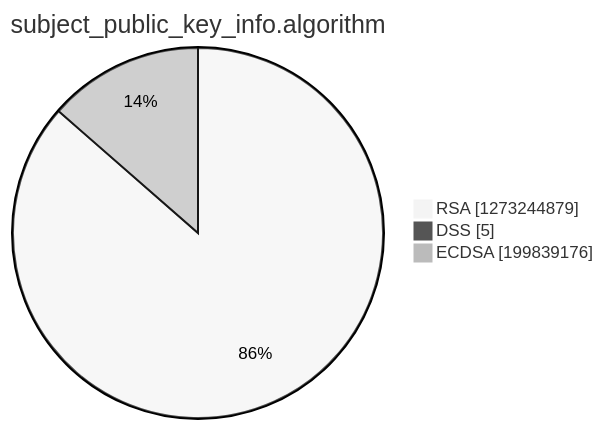
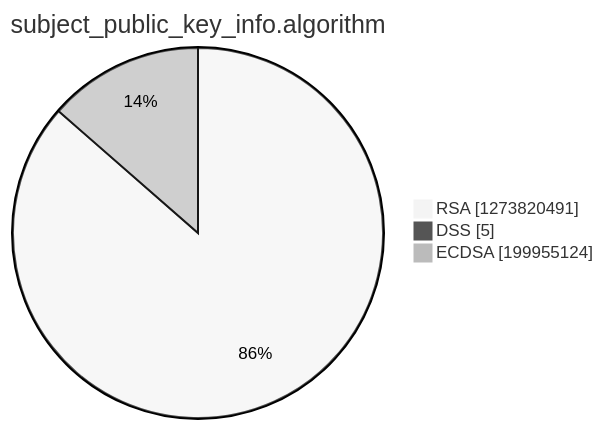
The third of 15 diagrams in argon2022/README.md (christiankrug/ctmonitor_visualization), drawn with Mermaid (neutral theme) before and after one commit. The commit also changed other lines of this file, not shown here.

````diff
--- a/argon2022/README.md
+++ b/argon2022/README.md
@@ -14,7 +14,7 @@
 ```mermaid
 pie showData
 title subject_public_key_info.algorithm
-"RSA" :1273244879
+"RSA" :1273820491
 "DSS" :5
-"ECDSA" :199839176
+"ECDSA" :199955124
 ```
````
